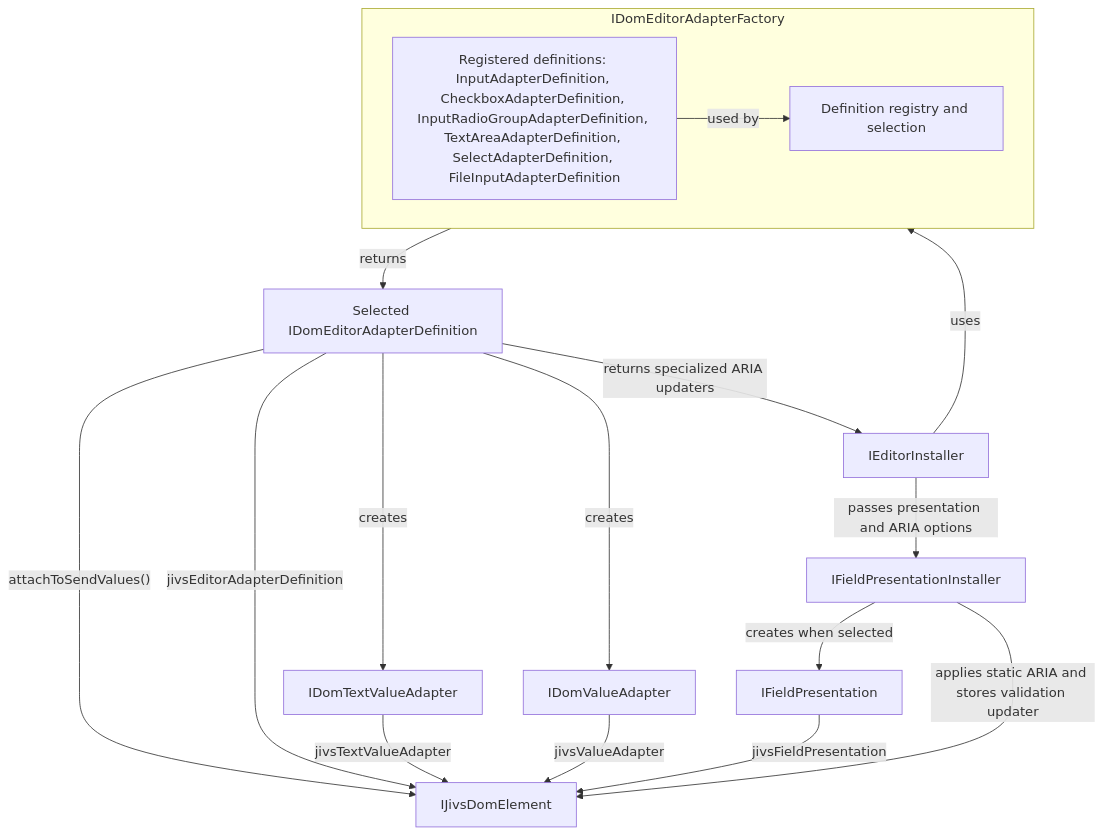
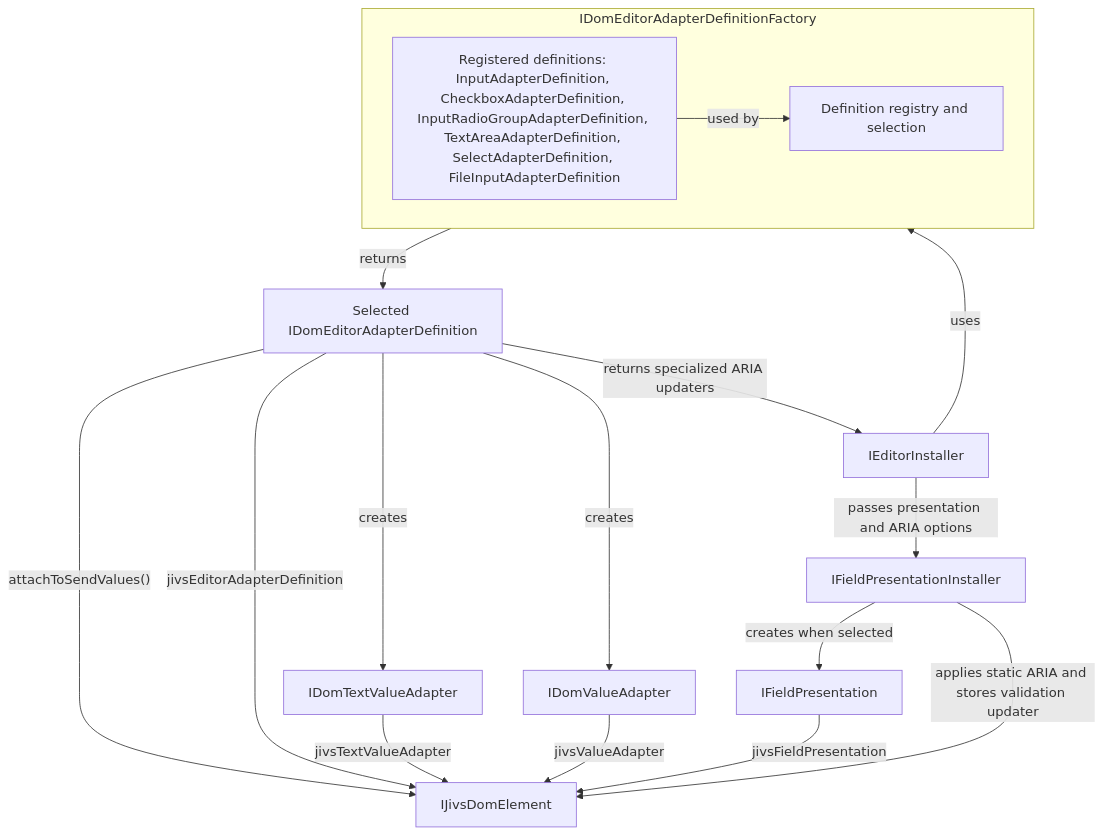
One commit to plblum/jivs changed the second of 13 diagrams in planning/Jivs-DOM_Implementation_Design.md. Above: the diagram before and after it, drawn with Mermaid. The commit also changed other lines of this file and 13 other files, not shown here.

````diff
--- a/planning/Jivs-DOM_Implementation_Design.md
+++ b/planning/Jivs-DOM_Implementation_Design.md
@@ -79,37 +79,37 @@
 ```mermaid
 flowchart TB
     INSTALLER["IEditorInstaller"]
     DEFINITION["Selected IDomEditorAdapterDefinition"]
     PRESENTATION_INSTALLER["IFieldPresentationInstaller"]
 
-    subgraph FACTORY["IDomEditorAdapterFactory"]
+    subgraph FACTORY["IDomEditorAdapterDefinitionFactory"]
         direction LR
 
         REGISTERED["Registered definitions: InputAdapterDefinition, CheckboxAdapterDefinition, InputRadioGroupAdapterDefinition, TextAreaAdapterDefinition, SelectAdapterDefinition, FileInputAdapterDefinition"]
         FACTORY_API["Definition registry and selection"]
 
         REGISTERED -->|"used by"| FACTORY_API
     end
 
     ELEMENT["IJivsDomElement"]
     TEXT_ADAPTER["IDomTextValueAdapter"]
     VALUE_ADAPTER["IDomValueAdapter"]
     PRESENTATION["IFieldPresentation"]
 
     INSTALLER -->|"uses"| FACTORY
     FACTORY -->|"returns"| DEFINITION
 
     DEFINITION -->|"creates"| TEXT_ADAPTER
     DEFINITION -->|"creates"| VALUE_ADAPTER
     DEFINITION -->|"attachToSendValues()"| ELEMENT
     DEFINITION -->|"returns specialized ARIA updaters"| INSTALLER
 
     DEFINITION -->|"jivsEditorAdapterDefinition"| ELEMENT
     TEXT_ADAPTER -->|"jivsTextValueAdapter"| ELEMENT
     VALUE_ADAPTER -->|"jivsValueAdapter"| ELEMENT
 
     INSTALLER -->|"passes presentation and ARIA options"| PRESENTATION_INSTALLER
     PRESENTATION_INSTALLER -->|"creates when selected"| PRESENTATION
     PRESENTATION -->|"jivsFieldPresentation"| ELEMENT
     PRESENTATION_INSTALLER -->|"applies static ARIA and stores validation updater"| ELEMENT
 ```
````
